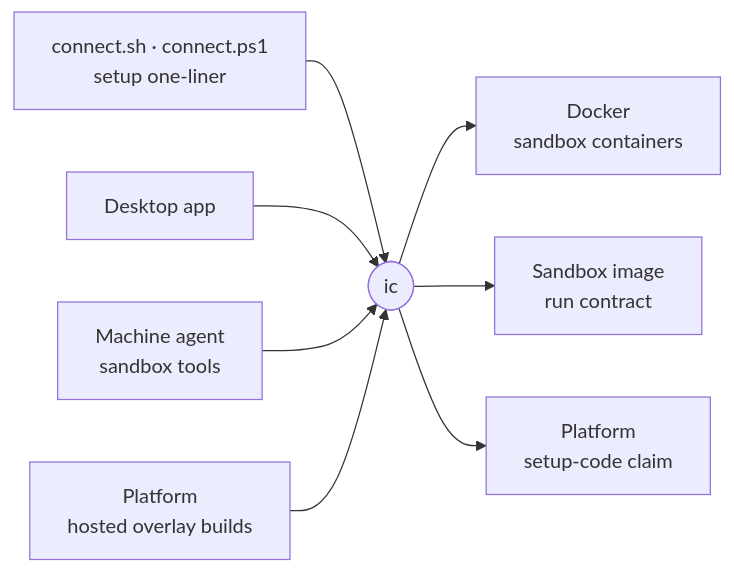
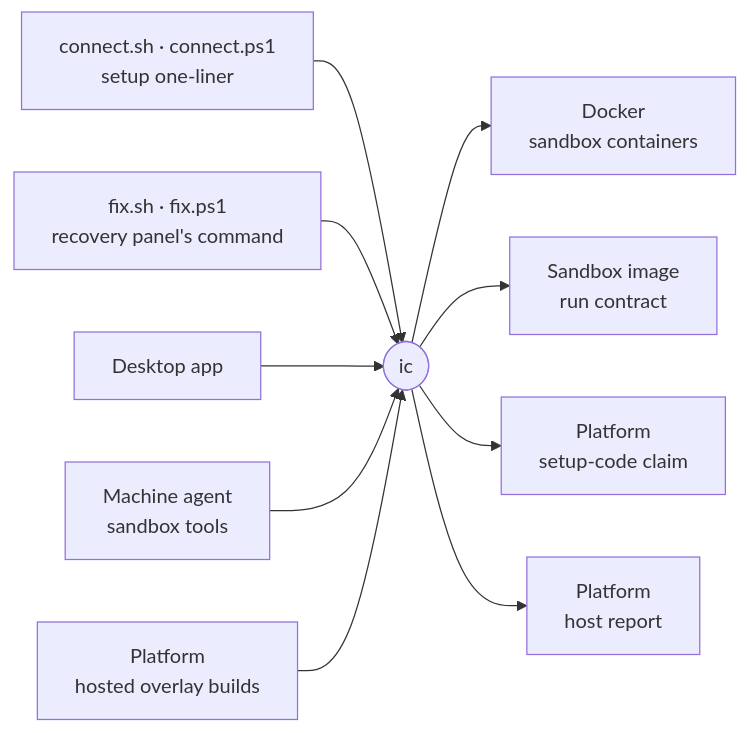
Before and after one commit to intentic/intentic: the diagram in _sandbox/ic/README.md, drawn with Mermaid. The commit also changed other lines of this file and 146 other files, not shown here.

````diff
--- a/_sandbox/ic/README.md
+++ b/_sandbox/ic/README.md
@@ -5,10 +5,12 @@
 ```mermaid
 flowchart LR
     shim["connect.sh · connect.ps1<br/>setup one-liner"] --> ic(["ic"])
+    fixshim["fix.sh · fix.ps1<br/>recovery panel's command"] --> ic
     desktop["Desktop app"] --> ic
     machine["Machine agent<br/>sandbox tools"] --> ic
     hosted["Platform<br/>hosted overlay builds"] --> ic
     ic --> docker["Docker<br/>sandbox containers"]
     ic --> image["Sandbox image<br/>run contract"]
     ic --> claim["Platform<br/>setup-code claim"]
+    ic --> report["Platform<br/>host report"]
 ```
````
